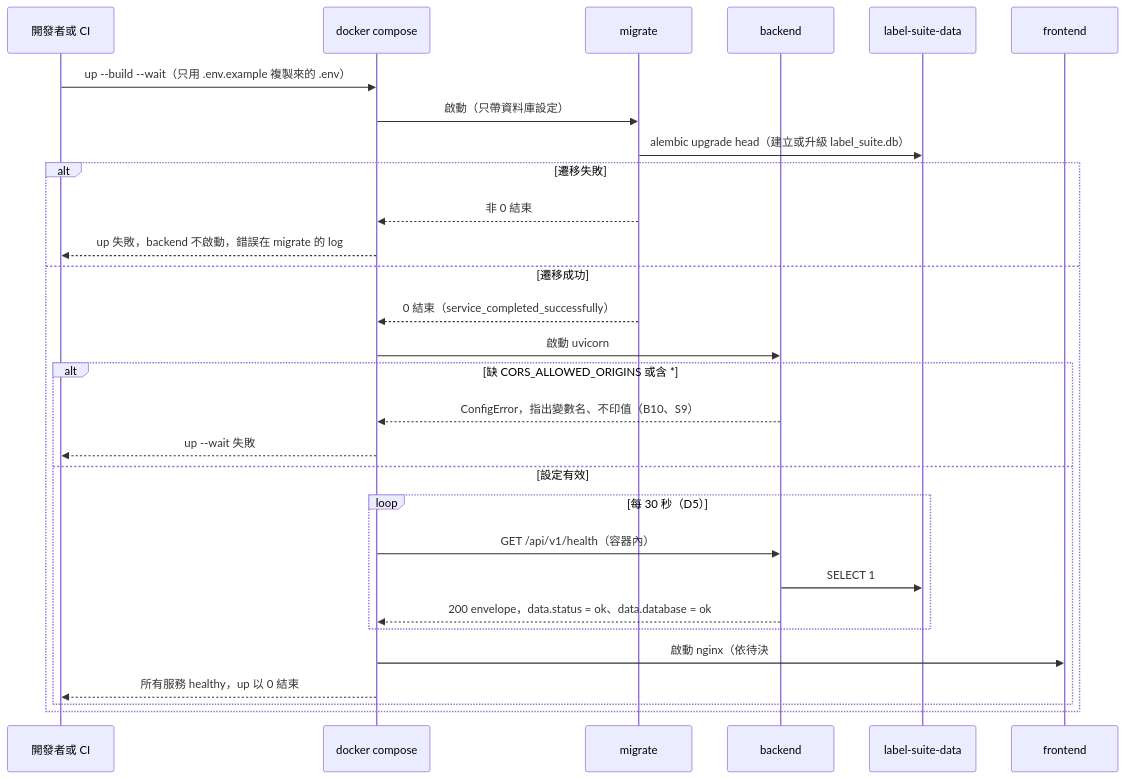
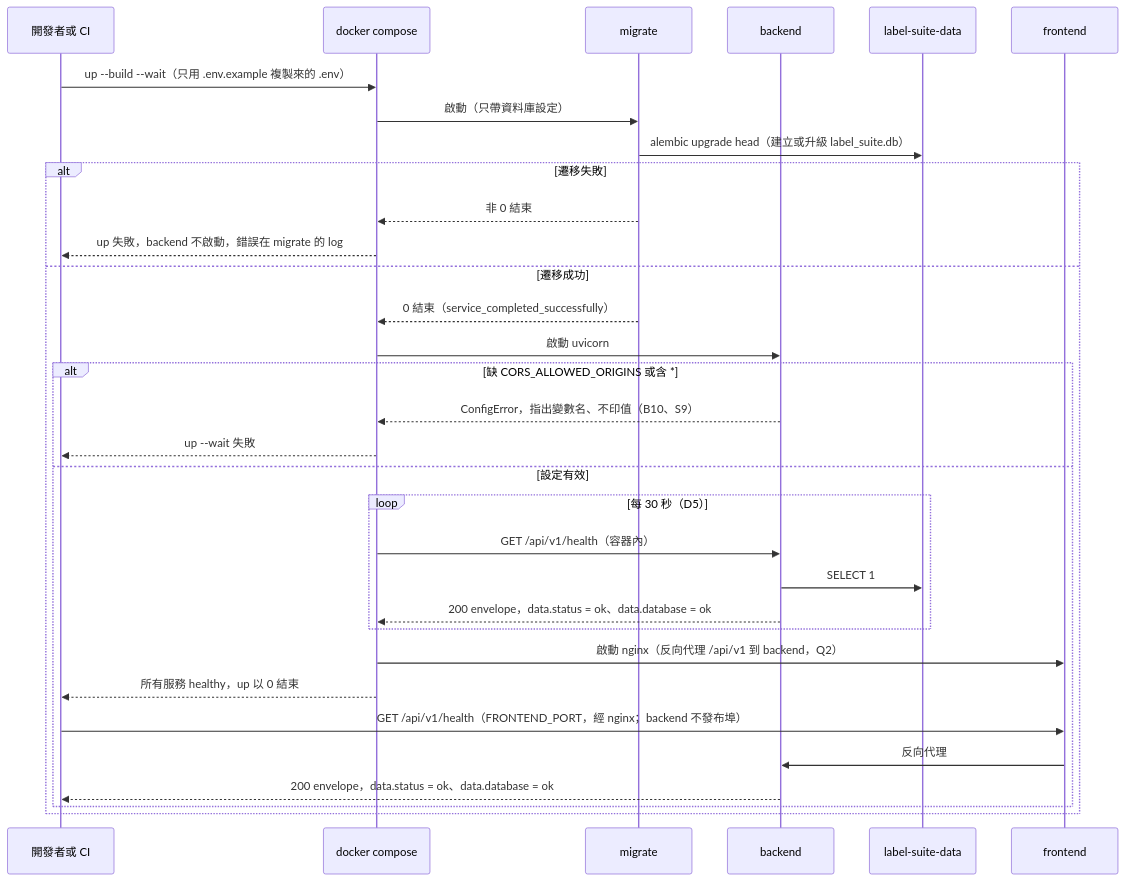
Before and after one commit to label-suite/label-suite: the third of 13 diagrams in openspec/changes/infra-compose-e2e-ci/system-design.md, drawn with Mermaid. The commit also changed other lines of this file, not shown here.

````diff
--- a/openspec/changes/infra-compose-e2e-ci/system-design.md
+++ b/openspec/changes/infra-compose-e2e-ci/system-design.md
@@ -308,31 +308,34 @@
 ```mermaid
 sequenceDiagram
   participant Dev as 開發者或 CI
   participant Compose as docker compose
   participant MG as migrate
   participant BE as backend
   participant Vol as label-suite-data
   participant FE as frontend
   Dev->>Compose: up --build --wait（只用 .env.example 複製來的 .env）
   Compose->>MG: 啟動（只帶資料庫設定）
   MG->>Vol: alembic upgrade head（建立或升級 label_suite.db）
   alt 遷移失敗
     MG-->>Compose: 非 0 結束
     Compose-->>Dev: up 失敗，backend 不啟動，錯誤在 migrate 的 log
   else 遷移成功
     MG-->>Compose: 0 結束（service_completed_successfully）
     Compose->>BE: 啟動 uvicorn
     alt 缺 CORS_ALLOWED_ORIGINS 或含 *
       BE-->>Compose: ConfigError，指出變數名、不印值（B10、S9）
       Compose-->>Dev: up --wait 失敗
     else 設定有效
       loop 每 30 秒（D5）
         Compose->>BE: GET /api/v1/health（容器內）
         BE->>Vol: SELECT 1
         BE-->>Compose: 200 envelope，data.status = ok、data.database = ok
       end
-      Compose->>FE: 啟動 nginx（依待決 #2 是否代理 /api/v1）
+      Compose->>FE: 啟動 nginx（反向代理 /api/v1 到 backend，Q2）
       Compose-->>Dev: 所有服務 healthy，up 以 0 結束
+      Dev->>FE: GET /api/v1/health（FRONTEND_PORT，經 nginx；backend 不發布埠）
+      FE->>BE: 反向代理
+      BE-->>Dev: 200 envelope，data.status = ok、data.database = ok
     end
   end
 ```
````
